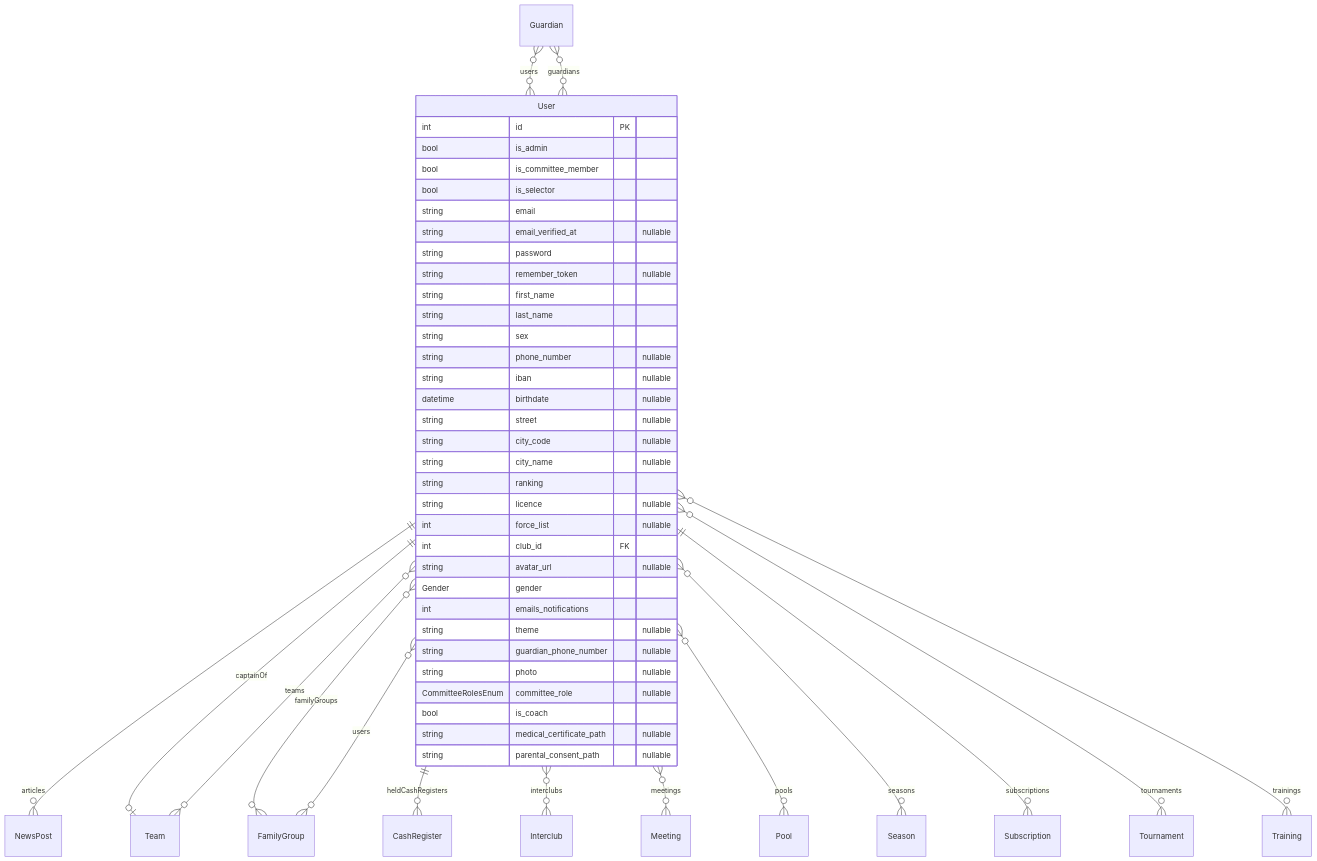
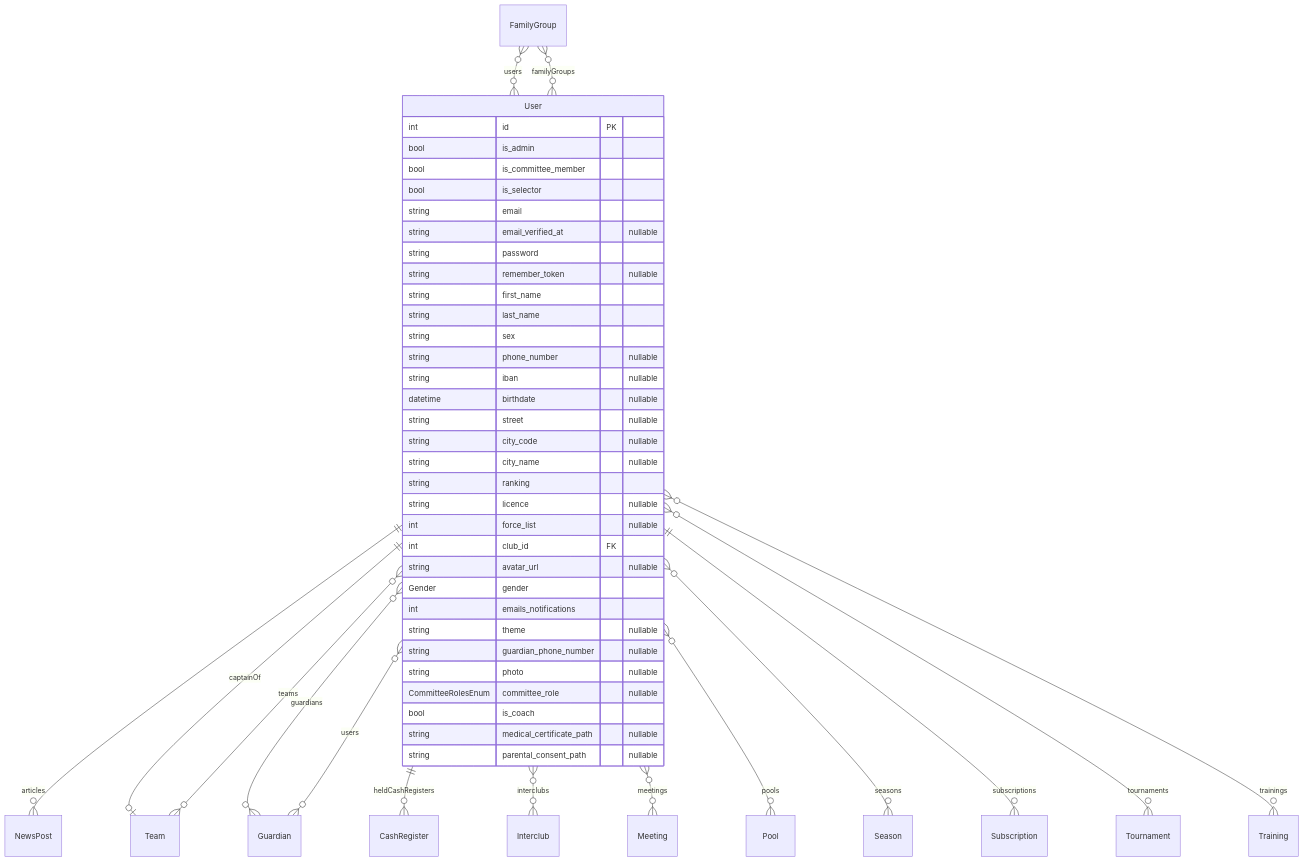
One commit to Paupoo/tabletennisclub-app changed the diagram in docs/erd/clubadmin-users.md. Above: the diagram before and after it, drawn with Mermaid. The commit also changed other lines of this file and 1 other file, not shown here.

Commit message:
doc: minor changes ERD

````diff
--- a/docs/erd/clubadmin-users.md
+++ b/docs/erd/clubadmin-users.md
@@ -3,56 +3,56 @@
 ```mermaid
 erDiagram
-    Guardian {
-    }
     FamilyGroup {
     }
     User {
         int id PK
         bool is_admin
         bool is_committee_member
         bool is_selector
         string email
         string email_verified_at "nullable"
         string password
         string remember_token "nullable"
         string first_name
         string last_name
         string sex
         string phone_number "nullable"
         string iban "nullable"
         datetime birthdate "nullable"
         string street "nullable"
         string city_code "nullable"
         string city_name "nullable"
         string ranking
         string licence "nullable"
         int force_list "nullable"
         int club_id FK
         string avatar_url "nullable"
         Gender gender
         int emails_notifications
         string theme "nullable"
         string guardian_phone_number "nullable"
         string photo "nullable"
         CommitteeRolesEnum committee_role "nullable"
         bool is_coach
         string medical_certificate_path "nullable"
         string parental_consent_path "nullable"
     }
+    Guardian {
+    }
 
-    Guardian }o--o{ User : "users"
     FamilyGroup }o--o{ User : "users"
     User ||--o{ NewsPost : "articles"
     User ||--o| Team : "captainOf"
     User }o--o{ FamilyGroup : "familyGroups"
     User }o--o{ Guardian : "guardians"
     User ||--o{ CashRegister : "heldCashRegisters"
     User }o--o{ Interclub : "interclubs"
     User }o--o{ Meeting : "meetings"
     User }o--o{ Pool : "pools"
     User }o--o{ Season : "seasons"
     User ||--o{ Subscription : "subscriptions"
     User }o--o{ Team : "teams"
     User }o--o{ Tournament : "tournaments"
     User }o--o{ Training : "trainings"
+    Guardian }o--o{ User : "users"
 ```
````
